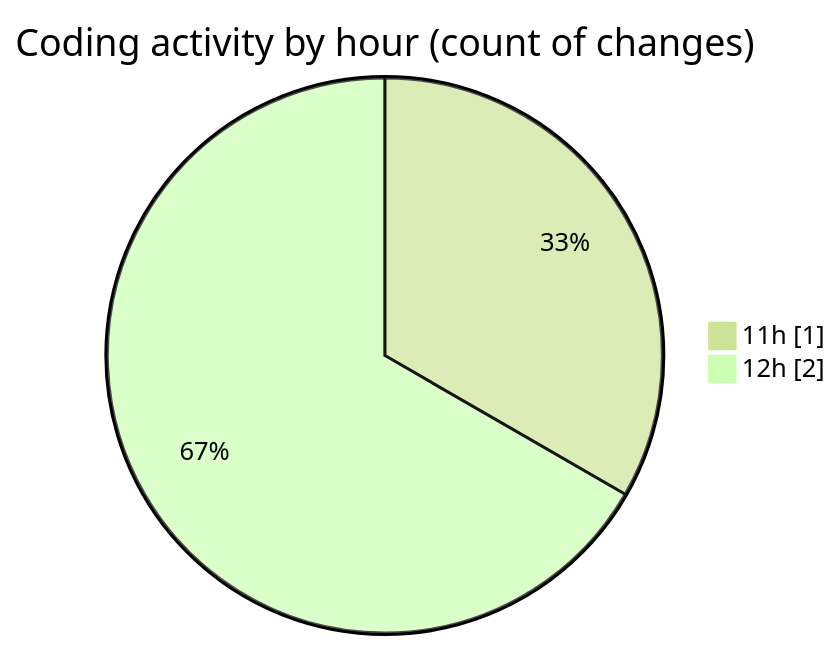
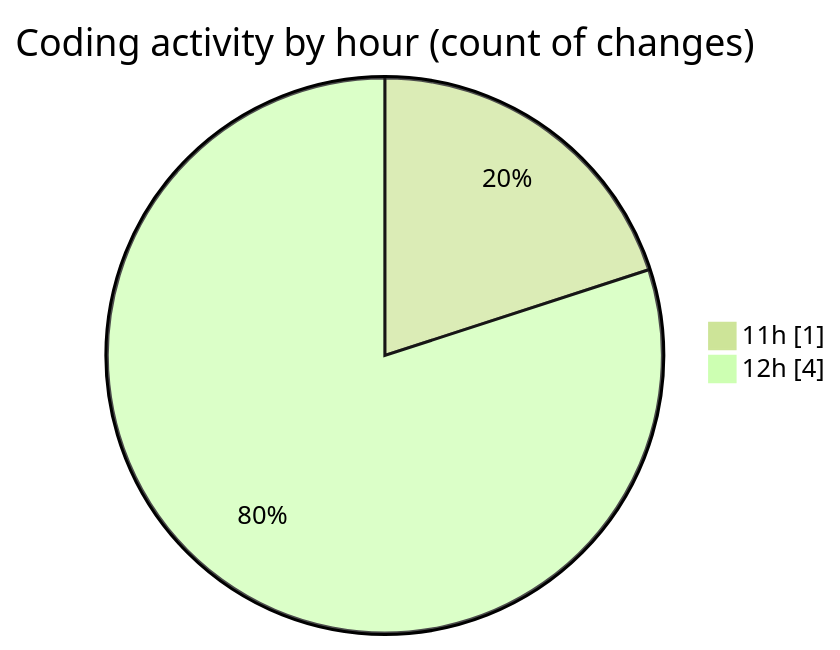
One commit to nxtqubesakshisongat/code-tracking changed the second of 2 diagrams in 2026-07-28/nxtqube_webapp/README.md. Above: the diagram before and after it, drawn with Mermaid (forest theme). The commit also changed other lines of this file and 1 other file, not shown here.

````diff
--- a/2026-07-28/nxtqube_webapp/README.md
+++ b/2026-07-28/nxtqube_webapp/README.md
@@ -32,6 +34,6 @@
 ```mermaid
 pie showData
 title Coding activity by hour (count of changes)
 "11h" : 1
-"12h" : 2
+"12h" : 4
 ```
````
